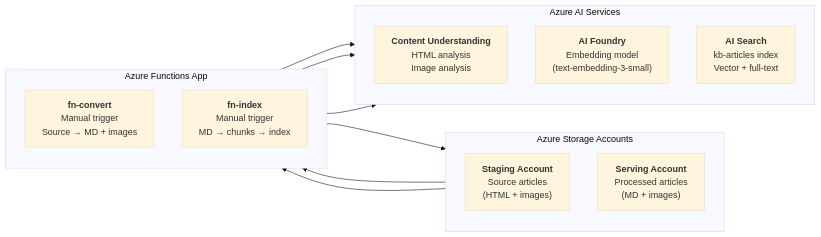
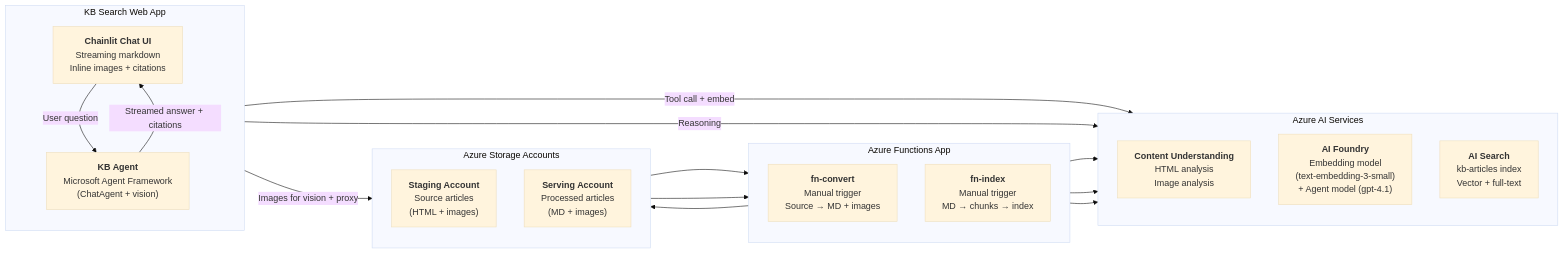
The diagram in README.md (aldelar/azure-knowledge-base-ingestion), drawn with Mermaid (base theme) before and after one commit. The commit also changed other lines of this file and 61 other files, not shown here.

Commit message:
web-app with local deployment

````diff
--- a/README.md
+++ b/README.md
@@ -76,28 +80,40 @@
 ```mermaid
 flowchart LR
     subgraph Storage["Azure Storage Accounts"]
         direction TB
         SA1["<b>Staging Account</b><br/>Source articles<br/>(HTML + images)"]
         SA2["<b>Serving Account</b><br/>Processed articles<br/>(MD + images)"]
     end
 
     subgraph Compute["Azure Functions App"]
         direction TB
         FN1["<b>fn-convert</b><br/>Manual trigger<br/>Source → MD + images"]
         FN2["<b>fn-index</b><br/>Manual trigger<br/>MD → chunks → index"]
     end
 
     subgraph AI["Azure AI Services"]
         direction TB
         CU["<b>Content Understanding</b><br/>HTML analysis<br/>Image analysis"]
-        AF["<b>AI Foundry</b><br/>Embedding model<br/>(text-embedding-3-small)"]
+        AF["<b>AI Foundry</b><br/>Embedding model<br/>(text-embedding-3-small)<br/>+ Agent model (gpt-4.1)"]
         AIS["<b>AI Search</b><br/>kb-articles index<br/>Vector + full-text"]
+    end
+
+    subgraph WebApp["KB Search Web App"]
+        direction TB
+        UI["<b>Chainlit Chat UI</b><br/>Streaming markdown<br/>Inline images + citations"]
+        AGENT["<b>KB Agent</b><br/>Microsoft Agent Framework<br/>(ChatAgent + vision)"]
     end
 
     SA1 --> FN1
     FN1 --> CU
     FN1 --> SA2
     SA2 --> FN2
     FN2 --> AF
     FN2 --> AIS
+
+    UI -->|User question| AGENT
+    AGENT -->|Tool call + embed| AIS
+    AGENT -->|Reasoning| AF
+    AGENT -->|Images for vision + proxy| SA2
+    AGENT -->|Streamed answer + citations| UI
 ```
````
